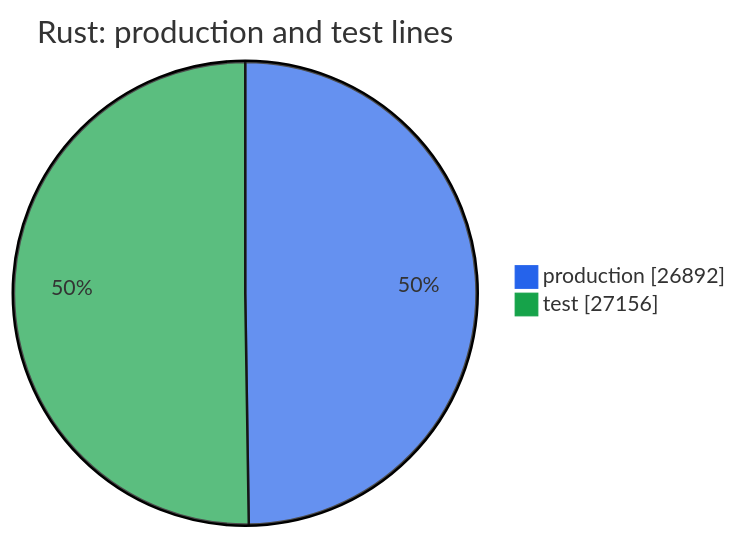
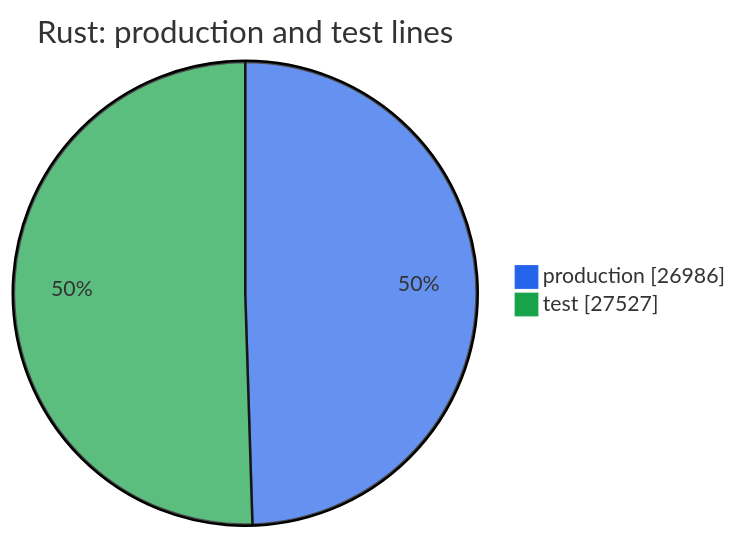
One commit to thomascherickal/ferrum-gpu changed the second of 2 diagrams in metrics.md. Above: the diagram before and after it, drawn with Mermaid. The commit also changed other lines of this file and 33 other files, not shown here.

````diff
--- a/metrics.md
+++ b/metrics.md
@@ -35,6 +35,6 @@
 ```mermaid
 %%{init: {"theme": "base", "themeVariables": {"pie1": "#2563eb", "pie2": "#16a34a", "pie3": "#d97706", "pie4": "#db2777", "pie5": "#7c3aed", "pie6": "#0891b2", "pie7": "#65a30d", "pie8": "#dc2626"}}}%%
 pie showData title Rust: production and test lines
-    "production" : 26892
-    "test" : 27156
+    "production" : 26986
+    "test" : 27527
 ```
````
